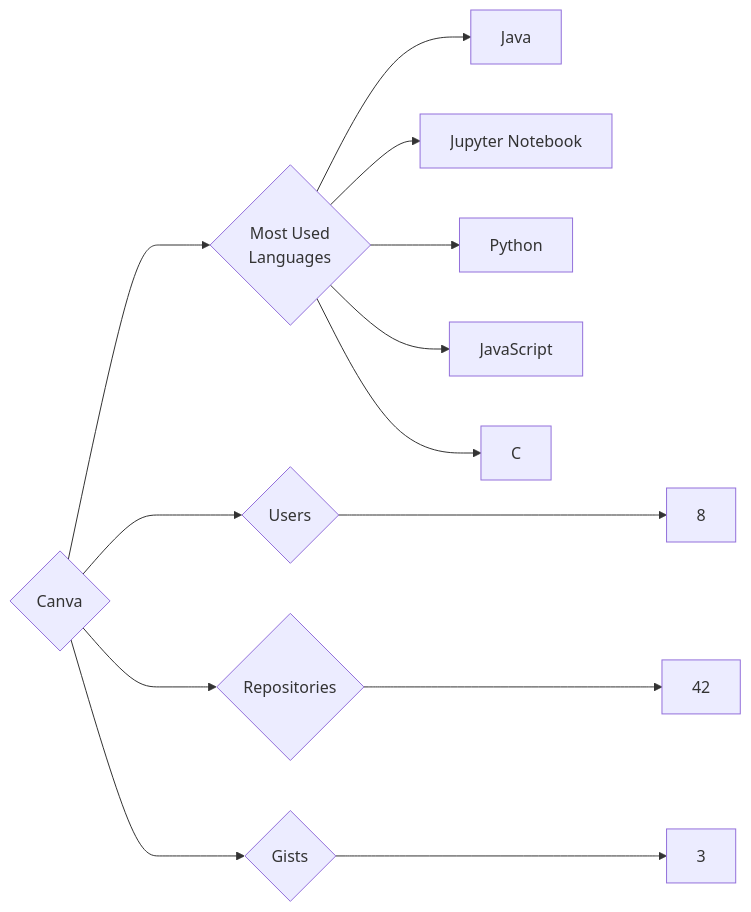
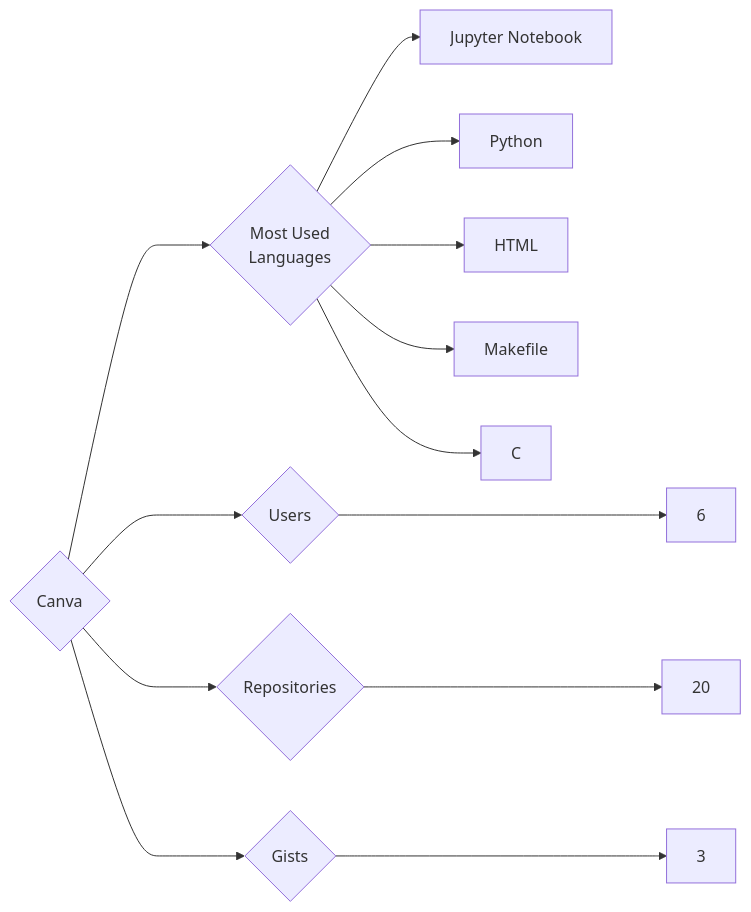
Before and after one commit to trickest/insiders: the diagram in targets/Canva/README.md, drawn with Mermaid. The commit also changed 988 other files, not shown here.

````diff
--- a/targets/Canva/README.md
+++ b/targets/Canva/README.md
@@ -3,13 +3,13 @@
 ```mermaid
 graph LR
 COMPANY_NAME{Canva}
-COMPANY_NAME ---> U{Users} ---> UN[8]
-COMPANY_NAME ---> R{Repositories} ---> RN[42]
+COMPANY_NAME ---> U{Users} ---> UN[6]
+COMPANY_NAME ---> R{Repositories} ---> RN[20]
 COMPANY_NAME ---> G{Gists} ---> GN[3]
 COMPANY_NAME ---> ML{Most Used<br>Languages}
-ML --> Java[Java]
 ML --> Jupyter_Notebook[Jupyter Notebook]
 ML --> Python[Python]
-ML --> JavaScript[JavaScript]
+ML --> HTML[HTML]
+ML --> Makefile[Makefile]
 ML --> C[C]
 ```
````
